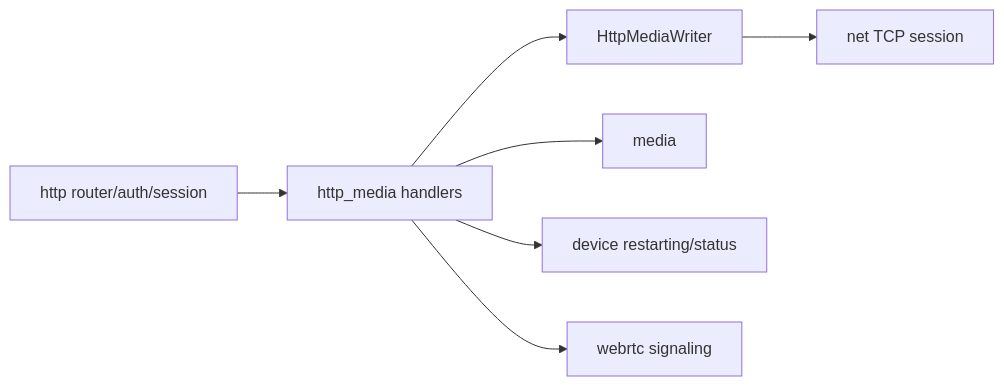
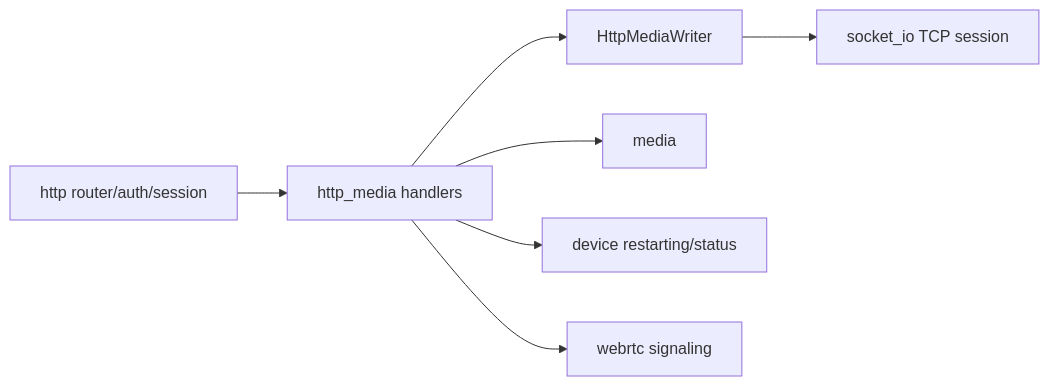
One commit to 373699756/live_stream changed the diagram in docs/libs/http_media.md. Above: the diagram before and after it, drawn with Mermaid. The commit also changed other lines of this file and 130 other files, not shown here.

Commit message:
refactor: rename net module to socket io

````diff
--- a/docs/libs/http_media.md
+++ b/docs/libs/http_media.md
@@ -13,9 +13,9 @@
 ```mermaid
 flowchart LR
   HTTP[http router/auth/session] --> MediaHTTP[http_media handlers]
   MediaHTTP --> Writer[HttpMediaWriter]
-  Writer --> Net[net TCP session]
+  Writer --> SocketIo[socket_io TCP session]
   MediaHTTP --> Media[media]
   MediaHTTP --> Device[device restarting/status]
   MediaHTTP --> WebRTC[webrtc signaling]
 ```
````
